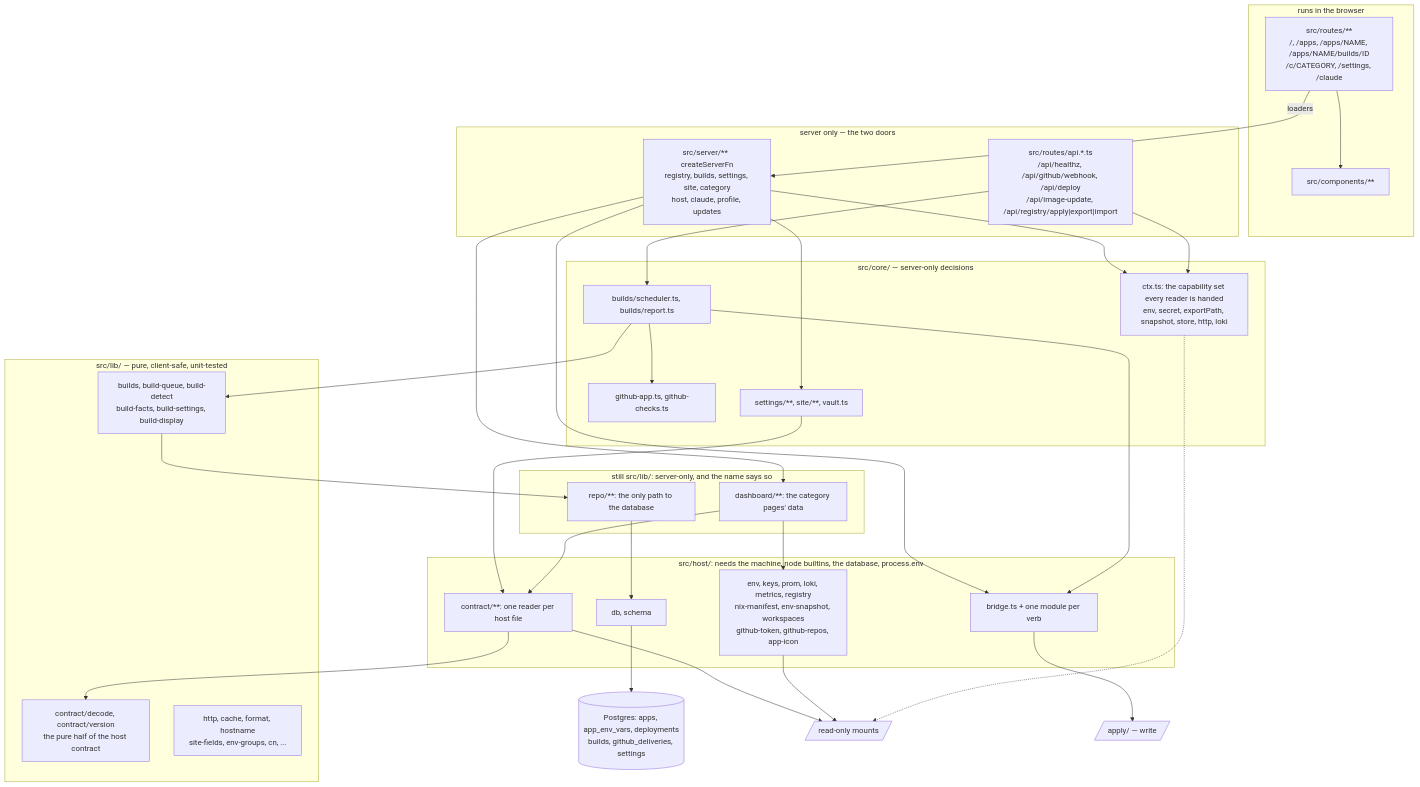
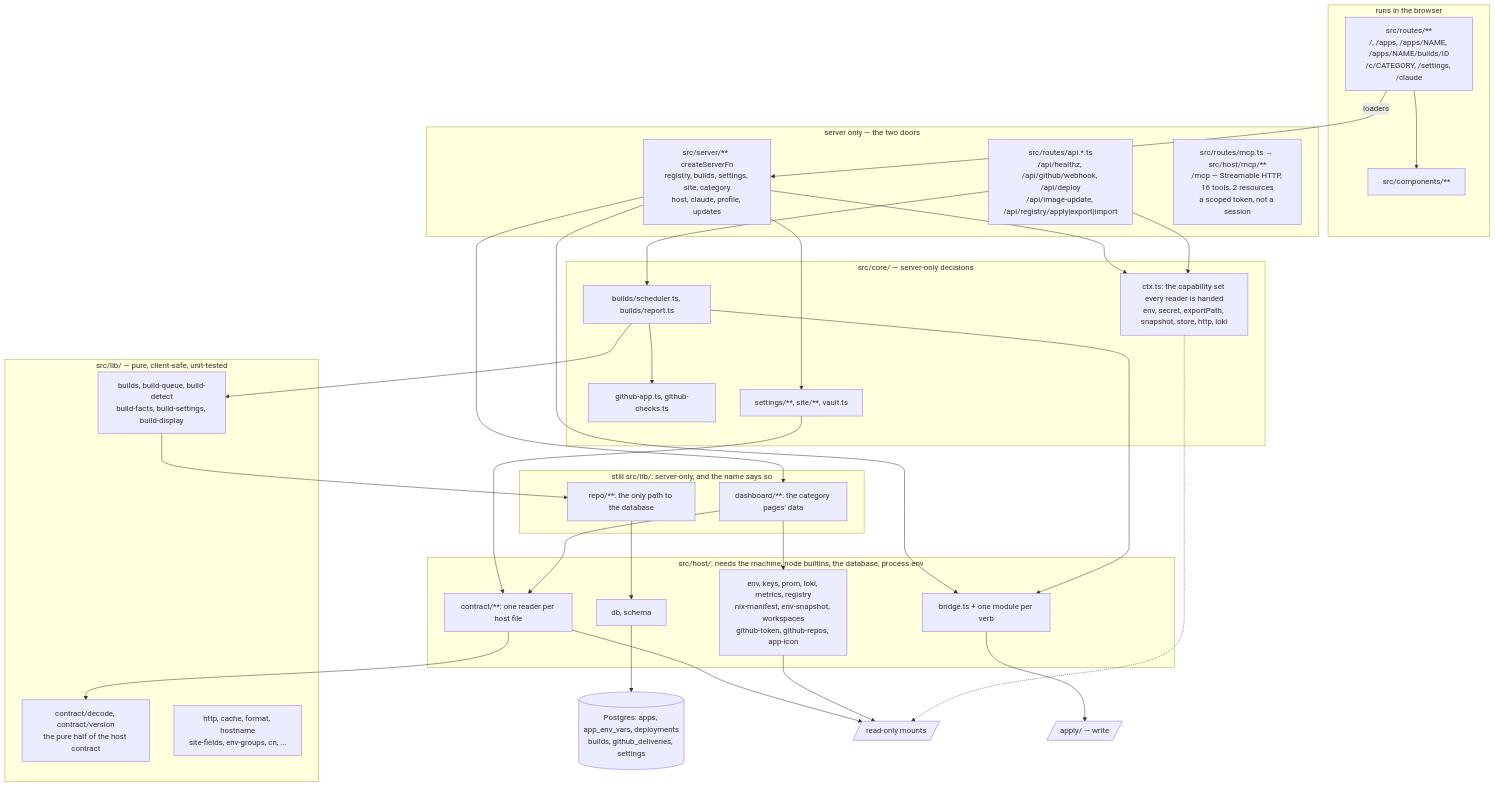
One commit to santiagotoscanini/daedalus changed the fourth of 5 diagrams in ARCHITECTURE.md. Above: the diagram before and after it, drawn with Mermaid. The commit also changed other lines of this file and 29 other files, not shown here.

````diff
--- a/ARCHITECTURE.md
+++ b/ARCHITECTURE.md
@@ -219,63 +219,64 @@
 ```mermaid
 flowchart TB
   subgraph client["runs in the browser"]
     Routes["src/routes/**<br/>/, /apps, /apps/NAME, /apps/NAME/builds/ID<br/>/c/CATEGORY, /settings, /claude"]
     Comps["src/components/**"]
   end
 
   subgraph edge["server only — the two doors"]
     Srv["src/server/**  createServerFn<br/>registry, builds, settings, site, category<br/>host, claude, profile, updates"]
     Api["src/routes/api.*.ts<br/>/api/healthz, /api/github/webhook, /api/deploy<br/>/api/image-update, /api/registry/apply|export|import"]
+    Mcp["src/routes/mcp.ts → src/host/mcp/**<br/>/mcp — Streamable HTTP, 16 tools, 2 resources<br/>a scoped token, not a session"]
   end
 
   subgraph core["src/core/ — server-only decisions"]
     Ctx["ctx.ts: the capability set every reader is handed<br/>env, secret, exportPath, snapshot, store, http, loki"]
     Bld["builds/scheduler.ts, builds/report.ts"]
     Ghc["github-app.ts, github-checks.ts"]
     Set["settings/**, site/**, vault.ts"]
   end
 
   subgraph lib["src/lib/ — pure, client-safe, unit-tested"]
     BuildLib["builds, build-queue, build-detect<br/>build-facts, build-settings, build-display"]
     Decode["contract/decode, contract/version<br/>the pure half of the host contract"]
     Shared["http, cache, format, hostname<br/>site-fields, env-groups, cn, ..."]
   end
 
   subgraph named["still src/lib/: server-only, and the name says so"]
     Repo["repo/**: the only path to the database"]
     Dash["dashboard/**: the category pages' data"]
   end
 
   subgraph host["src/host/: needs the machine, node builtins, the database, process.env"]
     Bridges["bridge.ts + one module per verb"]
     Contract["contract/**: one reader per host file"]
     Dbm["db, schema"]
     Clients["env, keys, prom, loki, metrics, registry<br/>nix-manifest, env-snapshot, workspaces<br/>github-token, github-repos, app-icon"]
   end
 
   DB[("Postgres: apps, app_env_vars, deployments<br/>builds, github_deliveries, settings")]
   Snap[/"read-only mounts"/]
   Apply[/"apply/ — write"/]
 
   Routes --> Comps
   Routes -- "loaders" --> Srv
   Srv --> Ctx
   Api --> Ctx
   Srv --> Bridges
   Srv --> Set
   Srv --> Dash
   Api --> Bld
   Bld --> BuildLib
   Bld --> Ghc
   Bld --> Bridges
   BuildLib --> Repo
   Set --> Contract
   Dash --> Contract
   Dash --> Clients
   Repo --> Dbm --> DB
   Contract --> Decode
   Contract --> Snap
   Clients --> Snap
   Bridges --> Apply
   Ctx -.-> Snap
 ```
````
